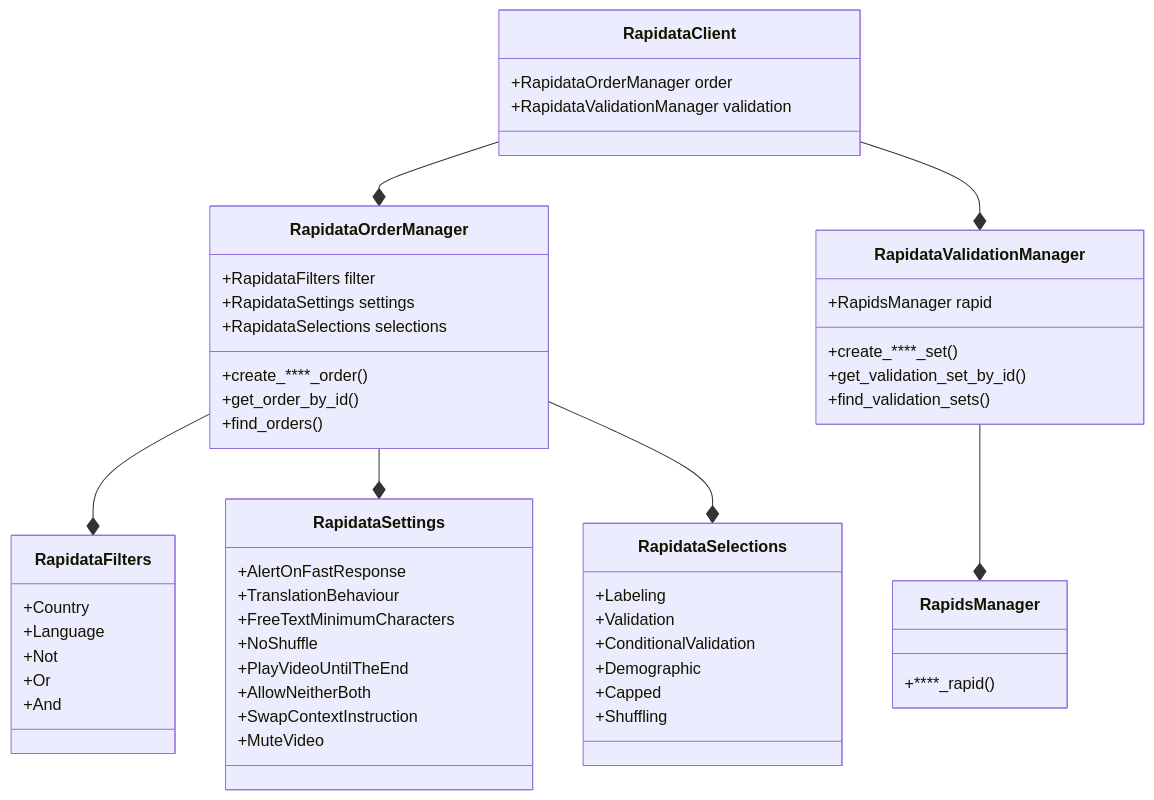
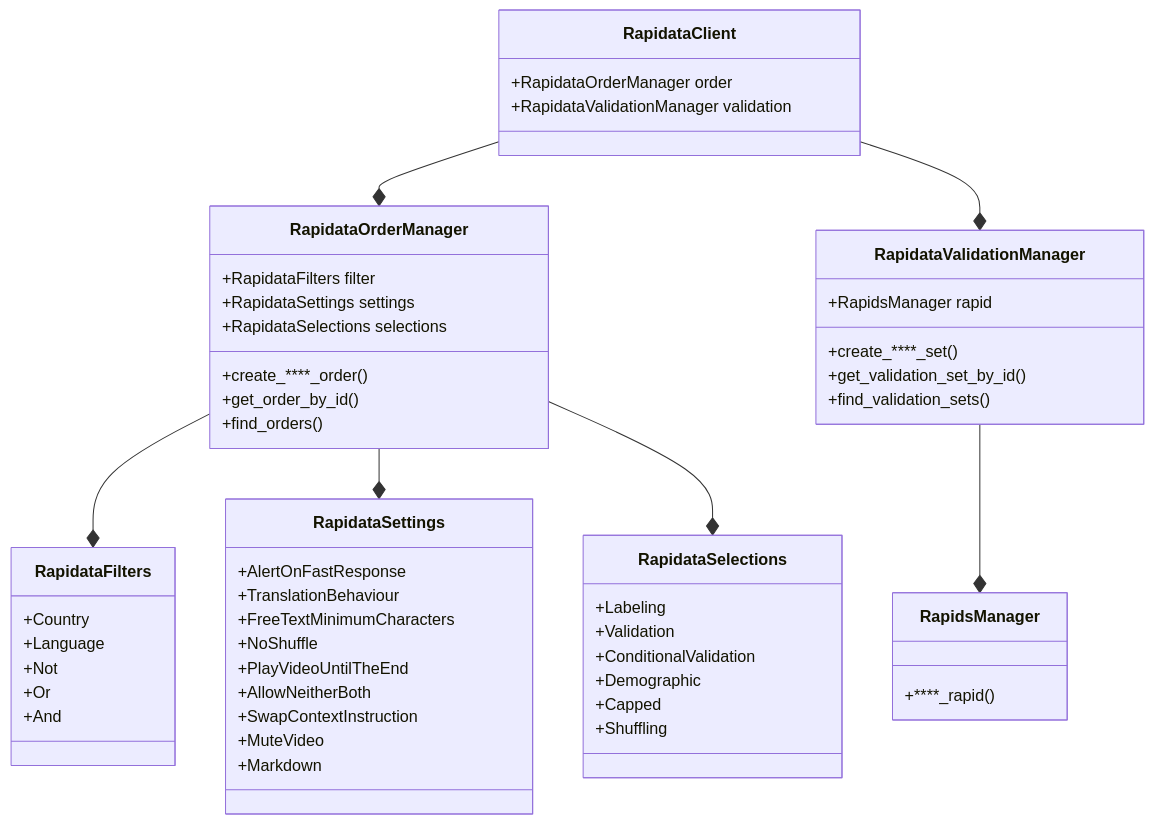
The diagram in docs/api.md (RapidataAI/rapidata-python-sdk), drawn with Mermaid before and after one commit. The commit also changed 8 other files, not shown here.

````diff
--- a/docs/api.md
+++ b/docs/api.md
@@ -2,71 +2,72 @@
 ```mermaid
 classDiagram
     class RapidataClient {
         +RapidataOrderManager order
         +RapidataValidationManager validation
     }
     
     class RapidataOrderManager {
         +RapidataFilters filter
         +RapidataSettings settings
         +RapidataSelections selections
         +create_****_order()
         +get_order_by_id()
         +find_orders()
     }
     
     class RapidataValidationManager {
         +RapidsManager rapid
         +create_****_set()
         +get_validation_set_by_id()
         +find_validation_sets()
     }
     
     class RapidataFilters {
         +Country
         +Language
         +Not
         +Or
         +And
     }
 
     class RapidataSettings {
         +AlertOnFastResponse
         +TranslationBehaviour
         +FreeTextMinimumCharacters
         +NoShuffle
         +PlayVideoUntilTheEnd
         +AllowNeitherBoth
         +SwapContextInstruction
         +MuteVideo
+        +Markdown
     }
 
     class RapidataSelections {
         +Labeling
         +Validation
         +ConditionalValidation
         +Demographic
         +Capped
         +Shuffling
     }
     
     class RapidsManager {
         +****_rapid()
     }
 
     RapidataClient --* RapidataOrderManager
     RapidataClient --* RapidataValidationManager
     RapidataOrderManager --* RapidataFilters
     RapidataOrderManager --* RapidataSettings
     RapidataOrderManager --* RapidataSelections
     RapidataValidationManager --* RapidsManager
 
     link RapidataClient "../reference/rapidata/rapidata_client/rapidata_client/" ""
     link RapidataOrderManager "../reference/rapidata/rapidata_client/order/rapidata_order_manager/" ""
     link RapidataValidationManager "../reference/rapidata/rapidata_client/validation/validation_set_manager/" ""
     link RapidataFilters "../reference/rapidata/rapidata_client/filter/rapidata_filters/" ""
     link RapidataSettings "../reference/rapidata/rapidata_client/settings/rapidata_settings/" ""
     link RapidataSelections "../reference/rapidata/rapidata_client/selection/rapidata_selections/" ""
     link RapidsManager "../reference/rapidata/rapidata_client/validation/rapids/rapids_manager/" ""
 
 ```
````
